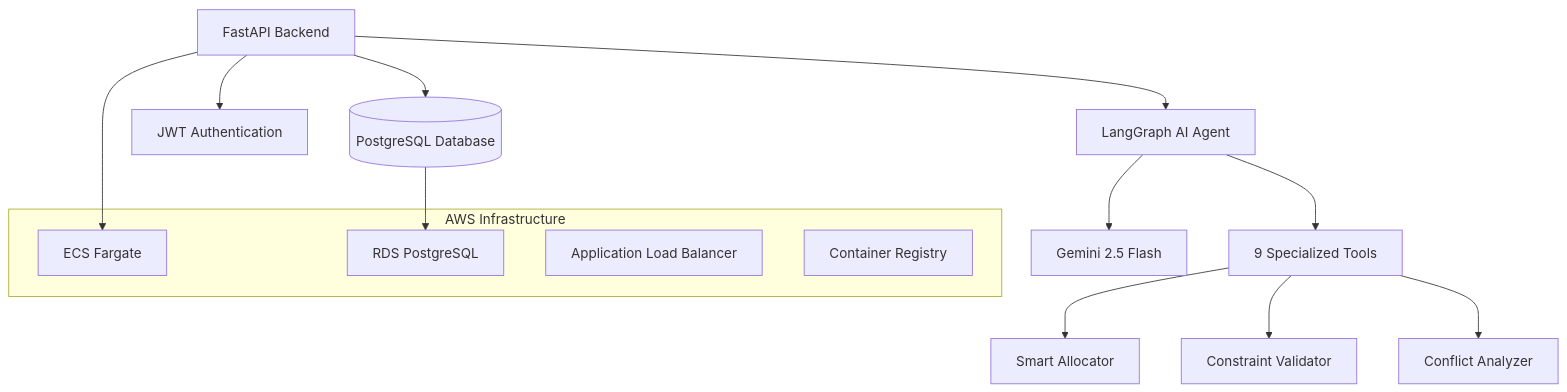
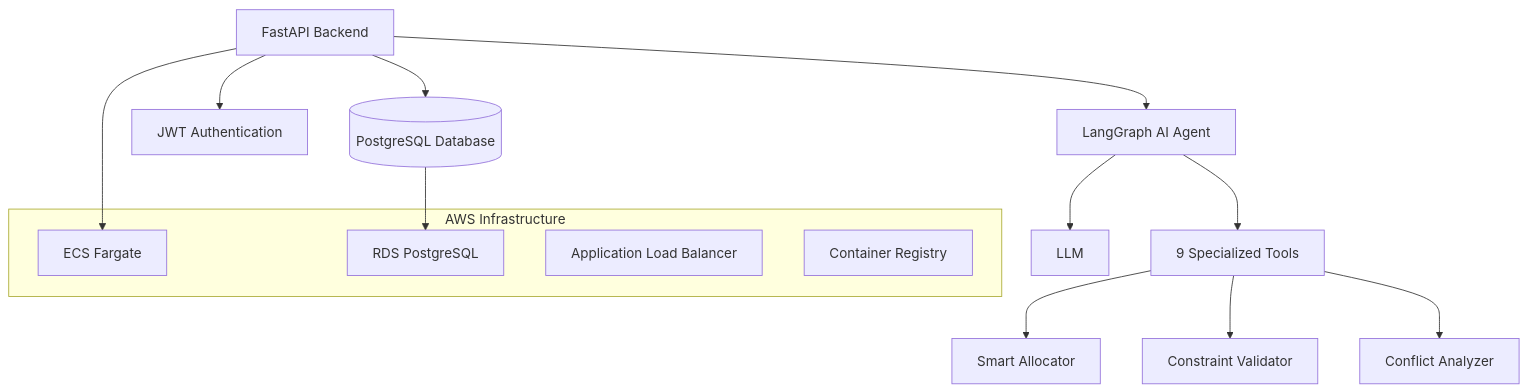
The first of 2 diagrams in README.md (phaa/dyno-agent), drawn with Mermaid before and after one commit. The commit also changed other lines of this file and 3 other files, not shown here.

````diff
--- a/README.md
+++ b/README.md
@@ -89,24 +89,24 @@
 ```mermaid
 graph TB
     API[FastAPI Backend]
     API --> Agent[LangGraph AI Agent]
     API --> Auth[JWT Authentication]
     API --> DB[(PostgreSQL Database)]
     
     Agent --> Tools[9 Specialized Tools]
-    Agent --> LLM[Gemini 2.5 Flash]
+    Agent --> LLM
     
     Tools --> Allocator[Smart Allocator]
     Tools --> Validator[Constraint Validator]
     Tools --> Analyzer[Conflict Analyzer]
     
     subgraph "AWS Infrastructure"
         ECS[ECS Fargate]
         RDS[RDS PostgreSQL]
         ALB[Application Load Balancer]
         ECR[Container Registry]
     end
     
     API --> ECS
     DB --> RDS
 ```
````
